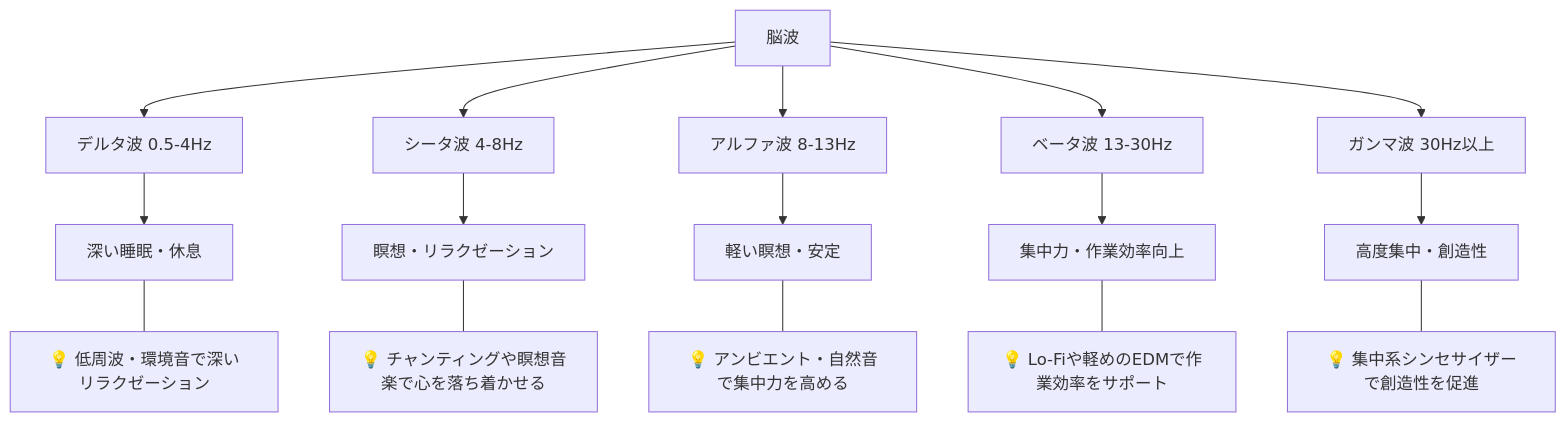
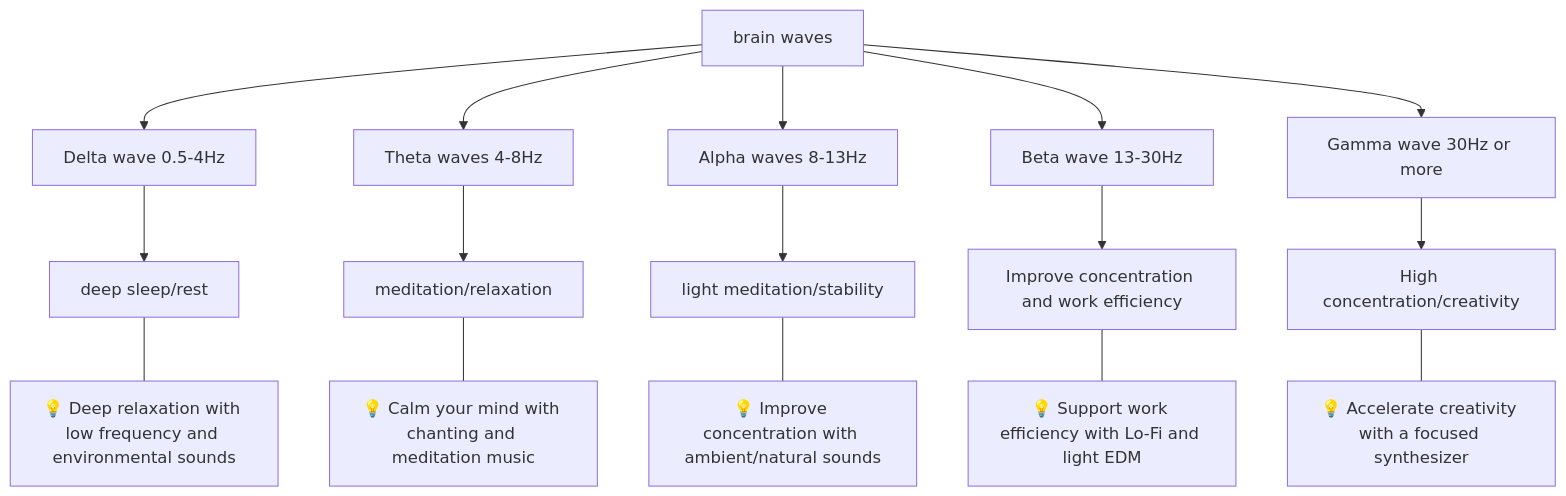
One commit to monumental-movement/monumental-movement.github.io changed the first of 4 diagrams in en/_posts/2025-11-09-column-yoga-music.md. Above: the diagram before and after it, drawn with Mermaid. The commit also changed other lines of this file and 152 other files, not shown here.

```diff
--- a/en/_posts/2025-11-09-column-yoga-music.md
+++ b/en/_posts/2025-11-09-column-yoga-music.md
@@ -117,25 +117,25 @@
 <div class="mermaid">
 
 flowchart TD
-    A[脳波] --> B[デルタ波 0.5-4Hz]
-    A --> C[シータ波 4-8Hz]
-    A --> D[アルファ波 8-13Hz]
-    A --> E[ベータ波 13-30Hz]
-    A --> F[ガンマ波 30Hz以上]
+    A[brain waves] --> B[Delta wave 0.5-4Hz]
+    A --> C[Theta waves 4-8Hz]
+    A --> D[Alpha waves 8-13Hz]
+    A --> E[Beta wave 13-30Hz]
+    A --> F[Gamma wave 30Hz or more]
 
-    B --> B1[深い睡眠・休息]
-    B1 --- BB["💡 低周波・環境音で深いリラクゼーション"]
+    B --> B1[deep sleep/rest]
+    B1 --- BB["💡 Deep relaxation with low frequency and environmental sounds"]
     
-    C --> C1[瞑想・リラクゼーション]
-    C1 --- CC["💡 チャンティングや瞑想音楽で心を落ち着かせる"]
+    C --> C1[meditation/relaxation]
+    C1 --- CC["💡 Calm your mind with chanting and meditation music"]
     
-    D --> D1[軽い瞑想・安定]
-    D1 --- DD["💡 アンビエント・自然音で集中力を高める"]
+    D --> D1[light meditation/stability]
+    D1 --- DD["💡 Improve concentration with ambient/natural sounds"]
     
-    E --> E1[集中力・作業効率向上]
-    E1 --- EE["💡 Lo-Fiや軽めのEDMで作業効率をサポート"]
+    E --> E1[Improve concentration and work efficiency]
+    E1 --- EE["💡 Support work efficiency with Lo-Fi and light EDM"]
     
-    F --> F1[高度集中・創造性]
-    F1 --- FF["💡 集中系シンセサイザーで創造性を促進"]
+    F --> F1[High concentration/creativity]
+    F1 --- FF["💡 Accelerate creativity with a focused synthesizer"]
 
 </div>
```
